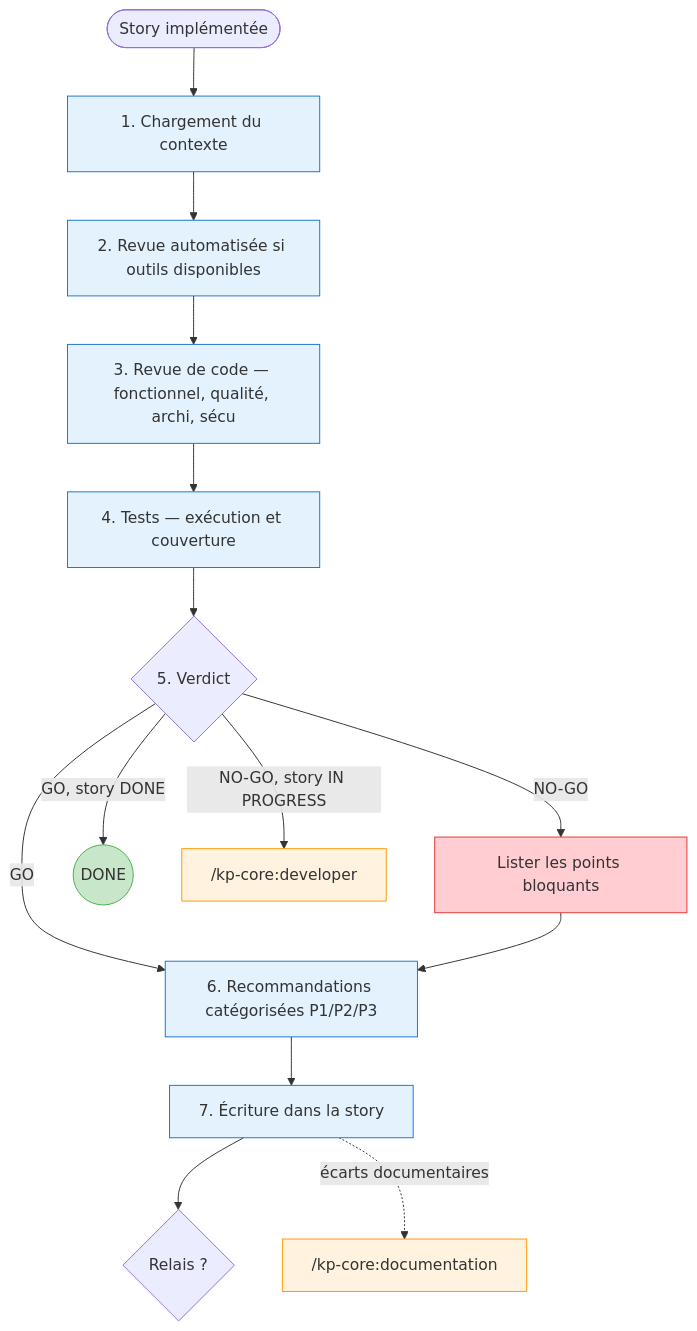
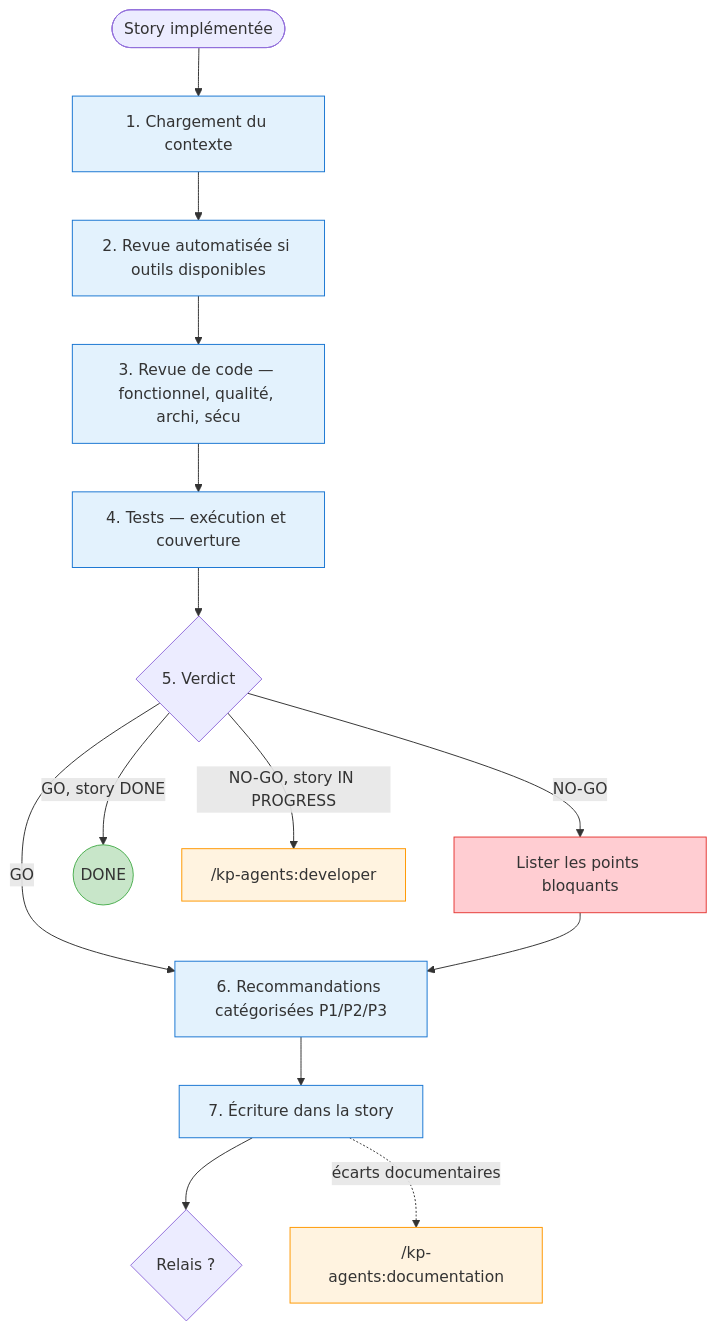
The sixth of 8 diagrams in docs/agents.md (KeyProd/kp-agents), drawn with Mermaid before and after one commit. The commit also changed other lines of this file and 22 other files, not shown here.

First line of the commit message:
feat(S-0003): release kp-agents-v0.1.0 (rename kp-core -> kp-agents + bump)

````diff
--- a/docs/agents.md
+++ b/docs/agents.md
@@ -268,43 +268,43 @@
 ```mermaid
 flowchart TD
     START([Story implémentée]) --> CTX
 
     CTX[1. Chargement du contexte]
     CTX --> AUTO
 
     AUTO[2. Revue automatisée si outils disponibles]
     AUTO --> CODE_REVIEW
 
     CODE_REVIEW[3. Revue de code — fonctionnel, qualité, archi, sécu]
     CODE_REVIEW --> TESTS
 
     TESTS[4. Tests — exécution et couverture]
     TESTS --> VERDICT
 
     VERDICT{5. Verdict}
     VERDICT -->|GO| RECO
     VERDICT -->|NO-GO| BLOQUANTS
 
     BLOQUANTS[Lister les points bloquants]
     BLOQUANTS --> RECO
 
     RECO[6. Recommandations catégorisées P1/P2/P3]
     RECO --> WRITE[7. Écriture dans la story]
     WRITE --> OUT
 
     OUT{Relais ?}
     VERDICT -->|GO, story DONE| FIN((DONE))
-    VERDICT -->|NO-GO, story IN PROGRESS| DEV["/kp-core:developer"]
-    WRITE -.->|écarts documentaires| DOC["/kp-core:documentation"]
+    VERDICT -->|NO-GO, story IN PROGRESS| DEV["/kp-agents:developer"]
+    WRITE -.->|écarts documentaires| DOC["/kp-agents:documentation"]
 
     style CTX fill:#e3f2fd,stroke:#1976D2
     style AUTO fill:#e3f2fd,stroke:#1976D2
     style CODE_REVIEW fill:#e3f2fd,stroke:#1976D2
     style TESTS fill:#e3f2fd,stroke:#1976D2
     style RECO fill:#e3f2fd,stroke:#1976D2
     style WRITE fill:#e3f2fd,stroke:#1976D2
     style BLOQUANTS fill:#ffcdd2,stroke:#E53935
     style FIN fill:#c8e6c9,stroke:#4CAF50
     style DEV fill:#fff3e0,stroke:#FF9800
     style DOC fill:#fff3e0,stroke:#FF9800
 ```
````
